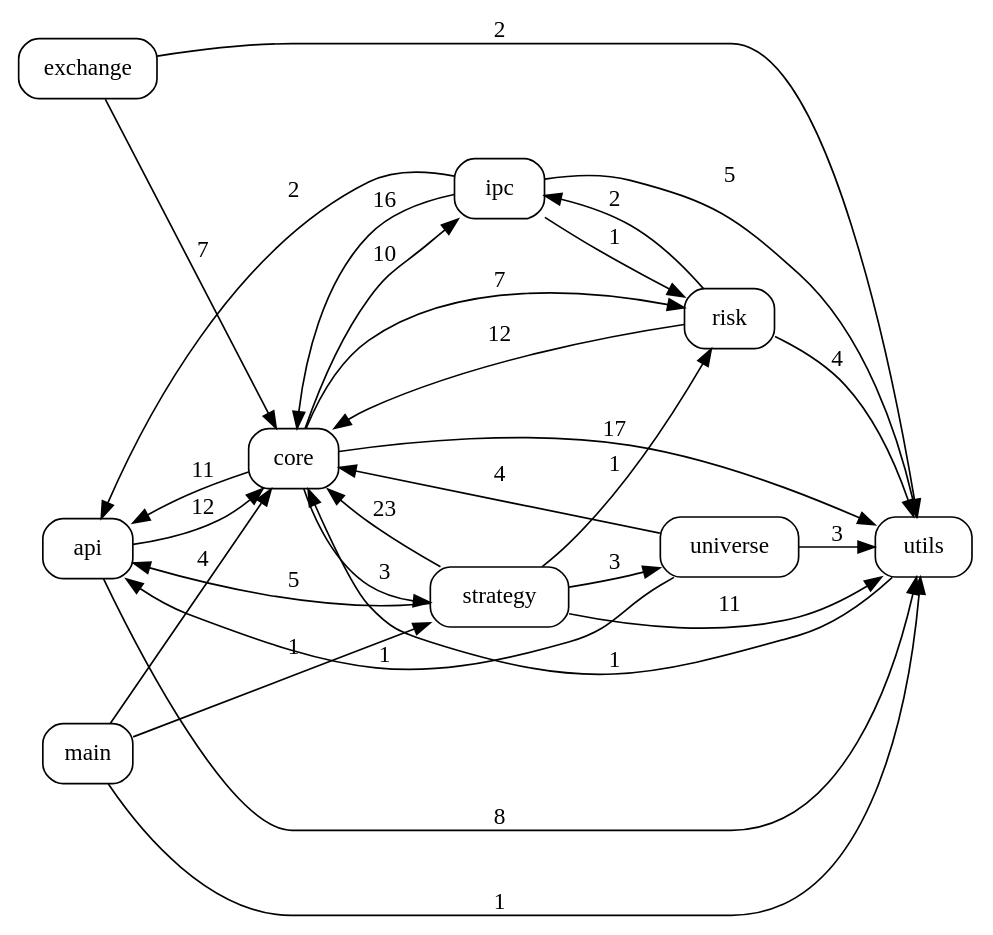
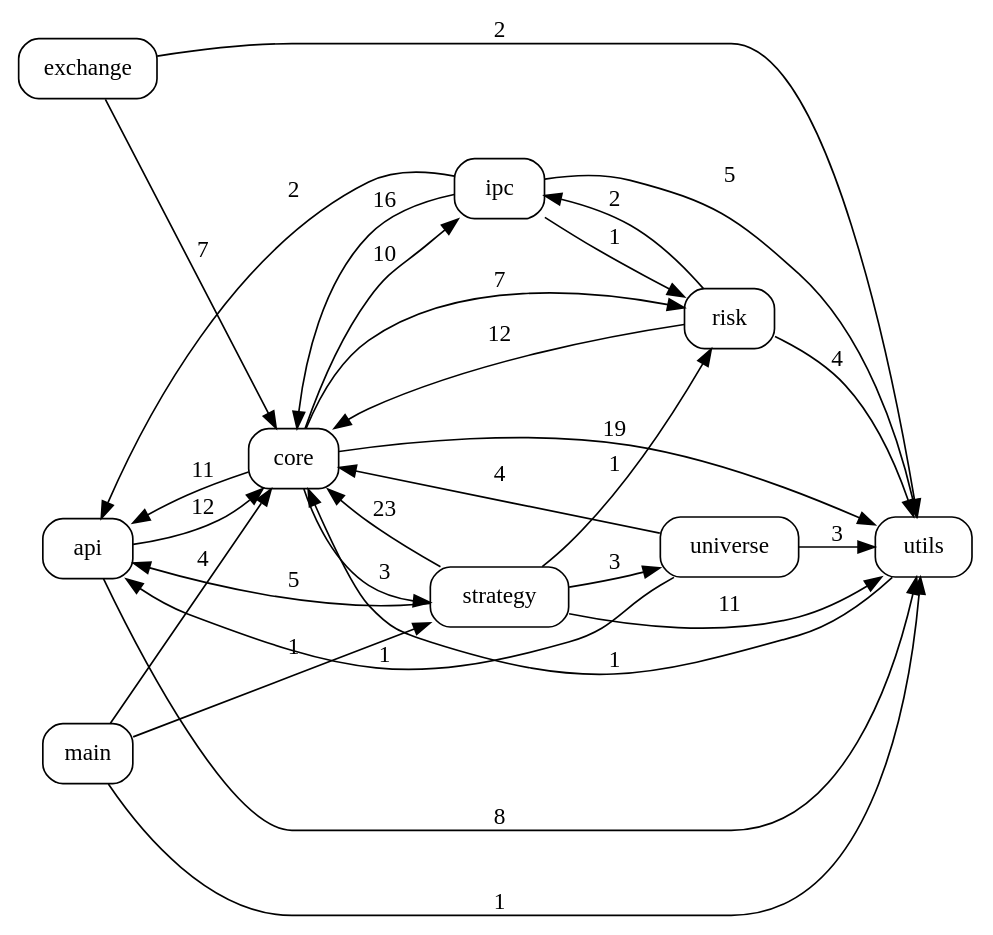
One commit to pypy8171/Quant changed the diagram in docs/code_graph.dot. Above: the diagram before and after it, drawn with Graphviz. The commit also changed 11 other files, not shown here.

```diff
--- a/docs/code_graph.dot
+++ b/docs/code_graph.dot
@@ -1,41 +1,41 @@
 digraph code_graph {
   rankdir=LR;
   node [shape=box, style=rounded, fontname="Consolas"];
   "api";
   "core";
   "exchange";
   "ipc";
   "main";
   "risk";
   "strategy";
   "universe";
   "utils";
   "api" -> "core" [label="12"];
   "api" -> "utils" [label="8"];
   "core" -> "api" [label="11"];
   "core" -> "ipc" [label="10"];
   "core" -> "risk" [label="7"];
   "core" -> "strategy" [label="3"];
-  "core" -> "utils" [label="17"];
+  "core" -> "utils" [label="19"];
   "exchange" -> "core" [label="7"];
   "exchange" -> "utils" [label="2"];
   "ipc" -> "api" [label="2"];
   "ipc" -> "core" [label="16"];
   "ipc" -> "risk" [label="1"];
   "ipc" -> "utils" [label="5"];
   "main" -> "core" [label="4"];
   "main" -> "strategy" [label="1"];
   "main" -> "utils" [label="1"];
   "risk" -> "core" [label="12"];
   "risk" -> "ipc" [label="2"];
   "risk" -> "utils" [label="4"];
   "strategy" -> "api" [label="5"];
   "strategy" -> "core" [label="23"];
   "strategy" -> "risk" [label="1"];
   "strategy" -> "universe" [label="3"];
   "strategy" -> "utils" [label="11"];
   "universe" -> "api" [label="1"];
   "universe" -> "core" [label="4"];
   "universe" -> "utils" [label="3"];
   "utils" -> "core" [label="1"];
 }
```
